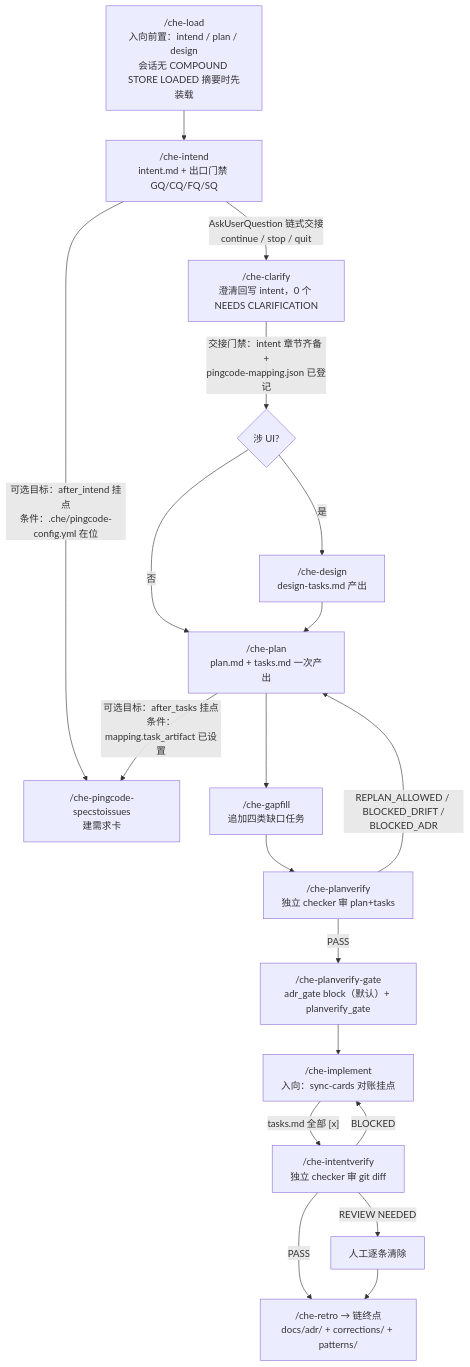
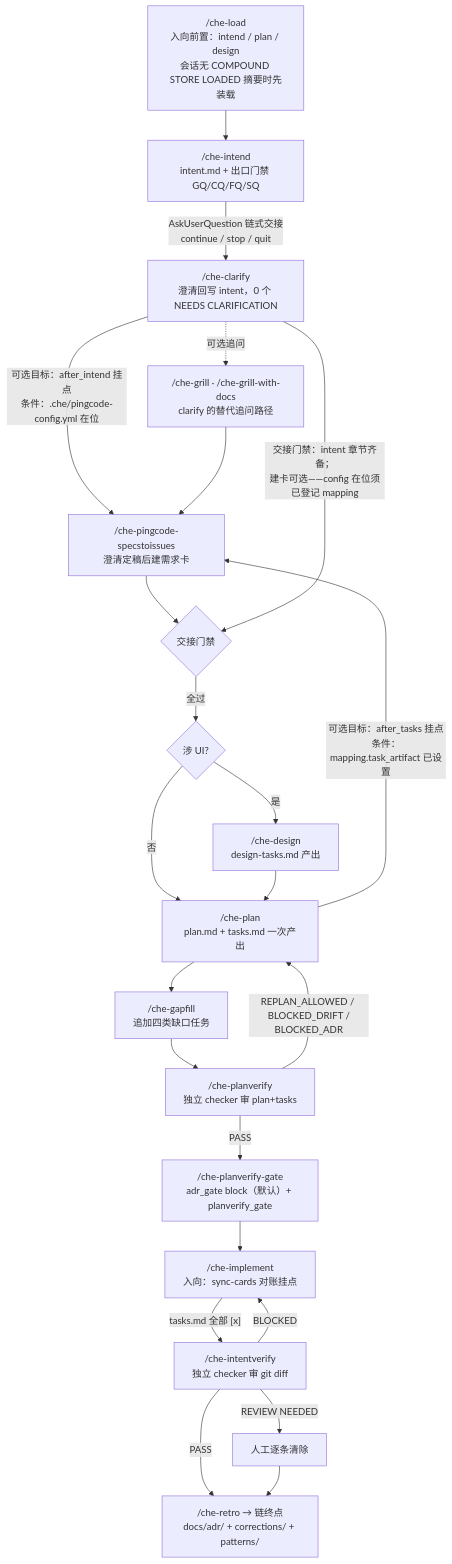
One commit to HJXArthurAtlas/Delivery-Harness changed the diagram in docs/guides/技能交接流程.md. Above: the diagram before and after it, drawn with Mermaid. The commit also changed other lines of this file and 1 other file, not shown here.

````diff
--- a/docs/guides/技能交接流程.md
+++ b/docs/guides/技能交接流程.md
@@ -9,20 +9,24 @@
 ```mermaid
 flowchart TD
     LOAD["/che-load<br/>入向前置：intend / plan / design<br/>会话无 COMPOUND STORE LOADED 摘要时先装载"] --> INTEND["/che-intend<br/>intent.md + 出口门禁 GQ/CQ/FQ/SQ"]
-    INTEND -->|"可选目标：after_intend 挂点<br/>条件：.che/pingcode-config.yml 在位"| SPECS["/che-pingcode-specstoissues<br/>建需求卡"]
     INTEND -->|"AskUserQuestion 链式交接<br/>continue / stop / quit"| CLARIFY["/che-clarify<br/>澄清回写 intent，0 个 NEEDS CLARIFICATION"]
-    CLARIFY -->|"交接门禁：intent 章节齐备 +<br/>pingcode-mapping.json 已登记"| UI{涉 UI?}
+    CLARIFY -.->|"可选追问"| GRILL["/che-grill · /che-grill-with-docs<br/>clarify 的替代追问路径"]
+    CLARIFY -->|"可选目标：after_intend 挂点<br/>条件：.che/pingcode-config.yml 在位"| SPECS["/che-pingcode-specstoissues<br/>澄清定稿后建需求卡"]
+    GRILL --> SPECS
+    SPECS --> GA
+    CLARIFY -->|"交接门禁：intent 章节齐备；<br/>建卡可选——config 在位须已登记 mapping"| GA{交接门禁}
+    GA -->|全过| UI{涉 UI?}
     UI -->|是| DESIGN["/che-design<br/>design-tasks.md 产出"]
     UI -->|否| PLAN
     DESIGN --> PLAN["/che-plan<br/>plan.md + tasks.md 一次产出"]
     PLAN -->|"可选目标：after_tasks 挂点<br/>条件：mapping.task_artifact 已设置"| SPECS
     PLAN --> GAPFILL["/che-gapfill<br/>追加四类缺口任务"]
     GAPFILL --> PV["/che-planverify<br/>独立 checker 审 plan+tasks"]
     PV -->|"PASS"| GATE["/che-planverify-gate<br/>adr_gate block（默认）+ planverify_gate"]
     PV -->|"REPLAN_ALLOWED / BLOCKED_DRIFT /<br/>BLOCKED_ADR"| PLAN
     GATE --> IMPL["/che-implement<br/>入向：sync-cards 对账挂点"]
     IMPL -->|"tasks.md 全部 [x]"| IV["/che-intentverify<br/>独立 checker 审 git diff"]
     IV -->|"PASS"| RETRO["/che-retro → 链终点<br/>docs/adr/ + corrections/ + patterns/"]
     IV -->|"BLOCKED"| IMPL
     IV -->|"REVIEW NEEDED"| IVH["人工逐条清除"] --> RETRO
 ```
````
